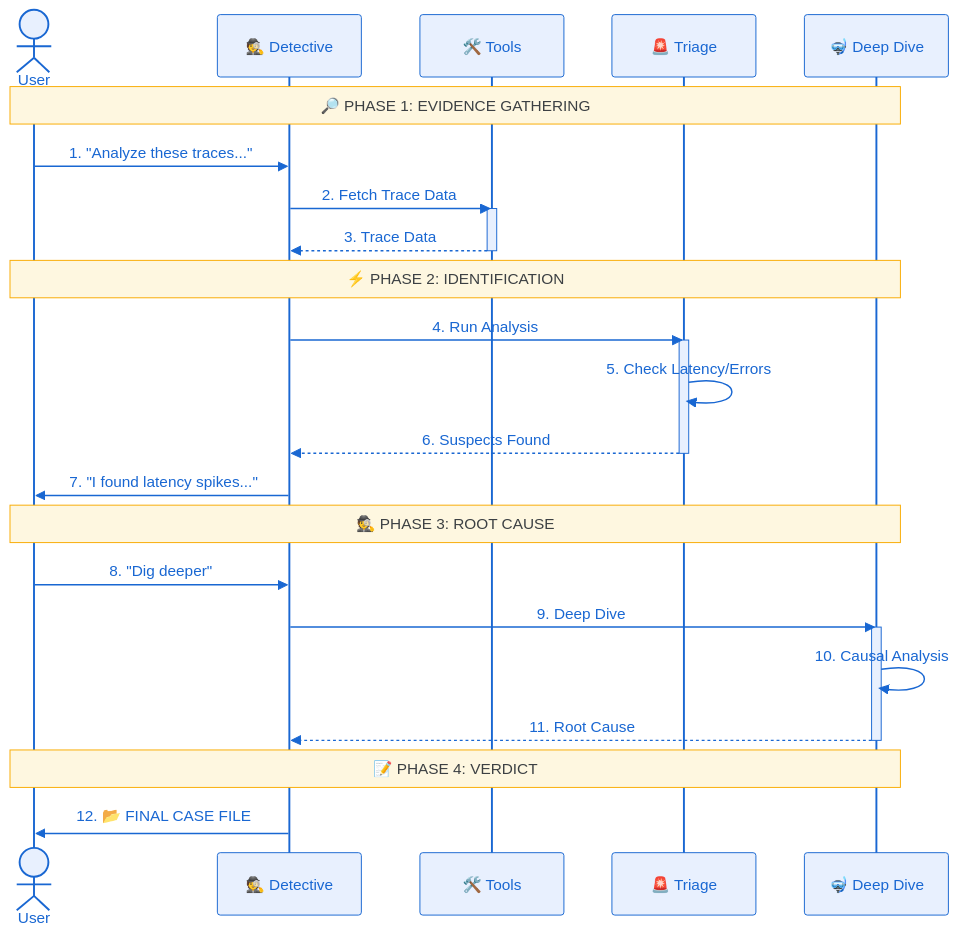
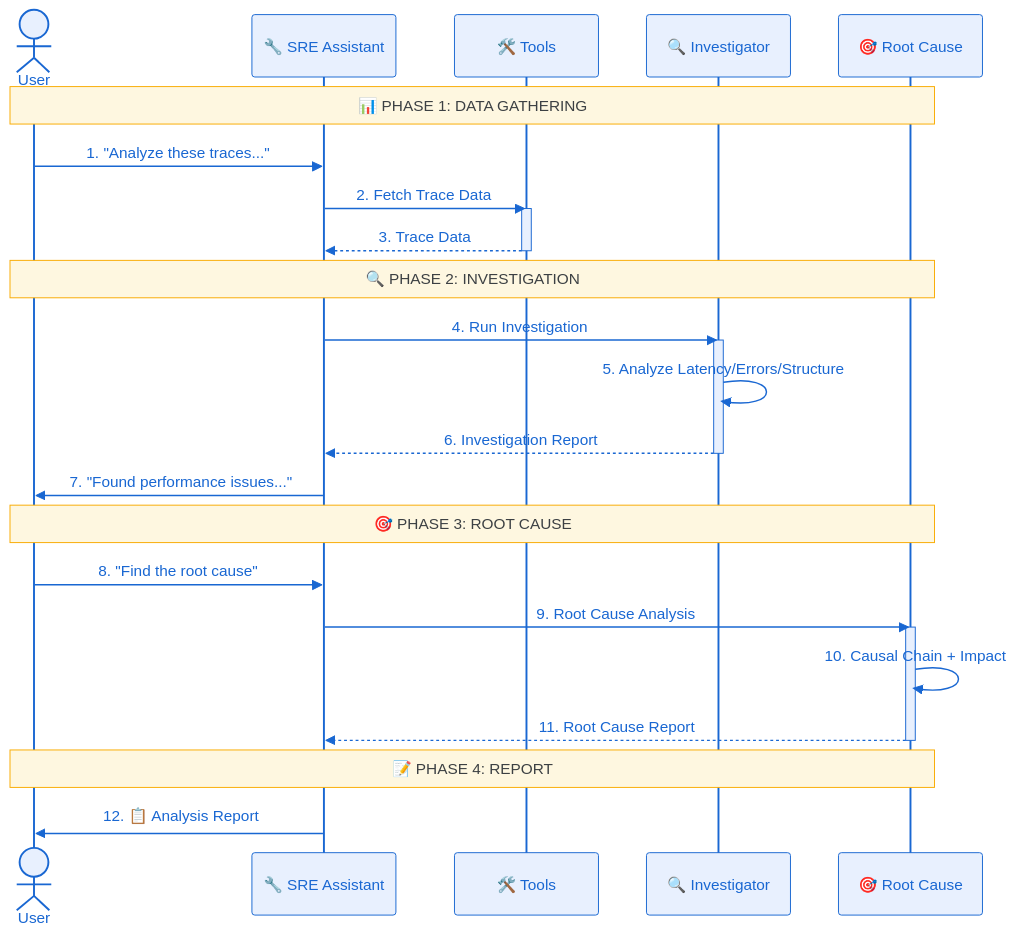
Before and after one commit to srtux/trace_analyzer: the second of 2 diagrams in README.md, drawn with Mermaid. The commit also changed other lines of this file, not shown here.

First line of the commit message:
docs: update README for simplified architecture

````diff
--- a/README.md
+++ b/README.md
@@ -150,56 +145,56 @@
 ```mermaid
 %%{init: {
   'theme': 'base',
   'themeVariables': {
     'primaryColor': '#E8F0FE',
     'primaryTextColor': '#1967D2',
     'primaryBorderColor': '#1967D2',
     'lineColor': '#5F6368',
     'fontFamily': 'inherit',
     'fontSize': '14px',
     'noteBkgColor': '#FEF7E0',
     'noteBorderColor': '#F9AB00',
     'noteTextColor': '#3C4043',
     'activationBkgColor': '#E8F0FE',
     'activationBorderColor': '#1967D2'
   }
 }}%%
 sequenceDiagram
     actor User
-    participant Det as 🕵️ Detective
+    participant Agent as 🔧 SRE Assistant
     participant Tools as 🛠️ Tools
-    participant S1 as 🚨 Triage
-    participant S2 as 🤿 Deep Dive
+    participant Inv as 🔍 Investigator
+    participant RC as 🎯 Root Cause
 
-    Note over User, S2: 🔎 PHASE 1: EVIDENCE GATHERING
+    Note over User, RC: 📊 PHASE 1: DATA GATHERING
 
-    User->>Det: 1. "Analyze these traces..."
-    Det->>Tools: 2. Fetch Trace Data
+    User->>Agent: 1. "Analyze these traces..."
+    Agent->>Tools: 2. Fetch Trace Data
     activate Tools
-    Tools-->>Det: 3. Trace Data
+    Tools-->>Agent: 3. Trace Data
     deactivate Tools
 
-    Note over User, S2: ⚡ PHASE 2: IDENTIFICATION
+    Note over User, RC: 🔍 PHASE 2: INVESTIGATION
 
-    Det->>S1: 4. Run Analysis
-    activate S1
-    S1->>S1: 5. Check Latency/Errors
-    S1-->>Det: 6. Suspects Found
-    deactivate S1
-    
-    Det->>User: 7. "I found latency spikes..."
+    Agent->>Inv: 4. Run Investigation
+    activate Inv
+    Inv->>Inv: 5. Analyze Latency/Errors/Structure
+    Inv-->>Agent: 6. Investigation Report
+    deactivate Inv
 
-    Note over User, S2: 🕵️ PHASE 3: ROOT CAUSE
+    Agent->>User: 7. "Found performance issues..."
 
-    User->>Det: 8. "Dig deeper"
-    
-    Det->>S2: 9. Deep Dive
-    activate S2
-    S2->>S2: 10. Causal Analysis
-    S2-->>Det: 11. Root Cause
-    deactivate S2
+    Note over User, RC: 🎯 PHASE 3: ROOT CAUSE
 
-    Note over User, S2: 📝 PHASE 4: VERDICT
-    
-    Det->>User: 12. 📂 FINAL CASE FILE
+    User->>Agent: 8. "Find the root cause"
+
+    Agent->>RC: 9. Root Cause Analysis
+    activate RC
+    RC->>RC: 10. Causal Chain + Impact
+    RC-->>Agent: 11. Root Cause Report
+    deactivate RC
+
+    Note over User, RC: 📝 PHASE 4: REPORT
+
+    Agent->>User: 12. 📋 Analysis Report
 ```
````
